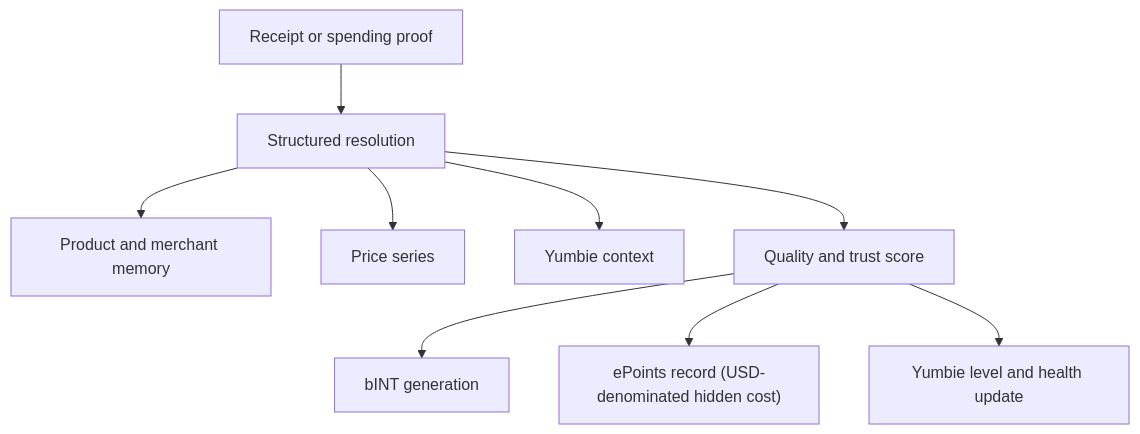
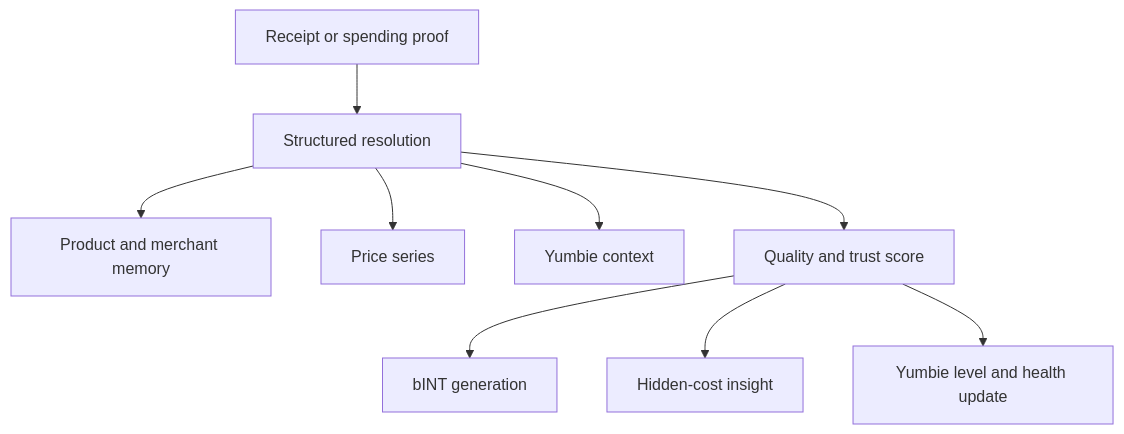
The diagram in content/whitepaper/en/proof-of-expense-and-price-memory.md (Yumo-Yumo-Inc/yumoyumohq), drawn with Mermaid before and after one commit. The commit also changed other lines of this file and 1048 other files, not shown here.

````diff
--- a/content/whitepaper/en/proof-of-expense-and-price-memory.md
+++ b/content/whitepaper/en/proof-of-expense-and-price-memory.md
@@ -9,11 +9,11 @@
 ```mermaid
 flowchart TD
     A["Receipt or spending proof"] --> B["Structured resolution"]
     B --> C["Product and merchant memory"]
     B --> D["Price series"]
     B --> E["Yumbie context"]
     B --> F["Quality and trust score"]
     F --> G["bINT generation"]
-    F --> H["ePoints record (USD-denominated hidden cost)"]
+    F --> H["Hidden-cost insight"]
     F --> I["Yumbie level and health update"]
 ```
````
